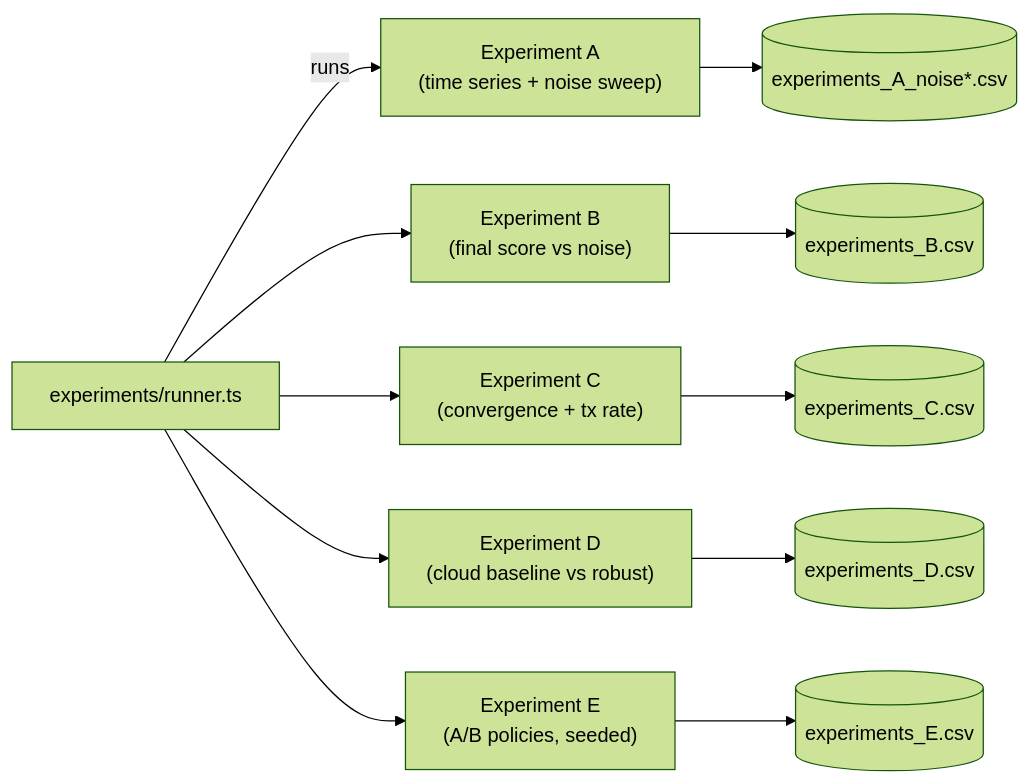
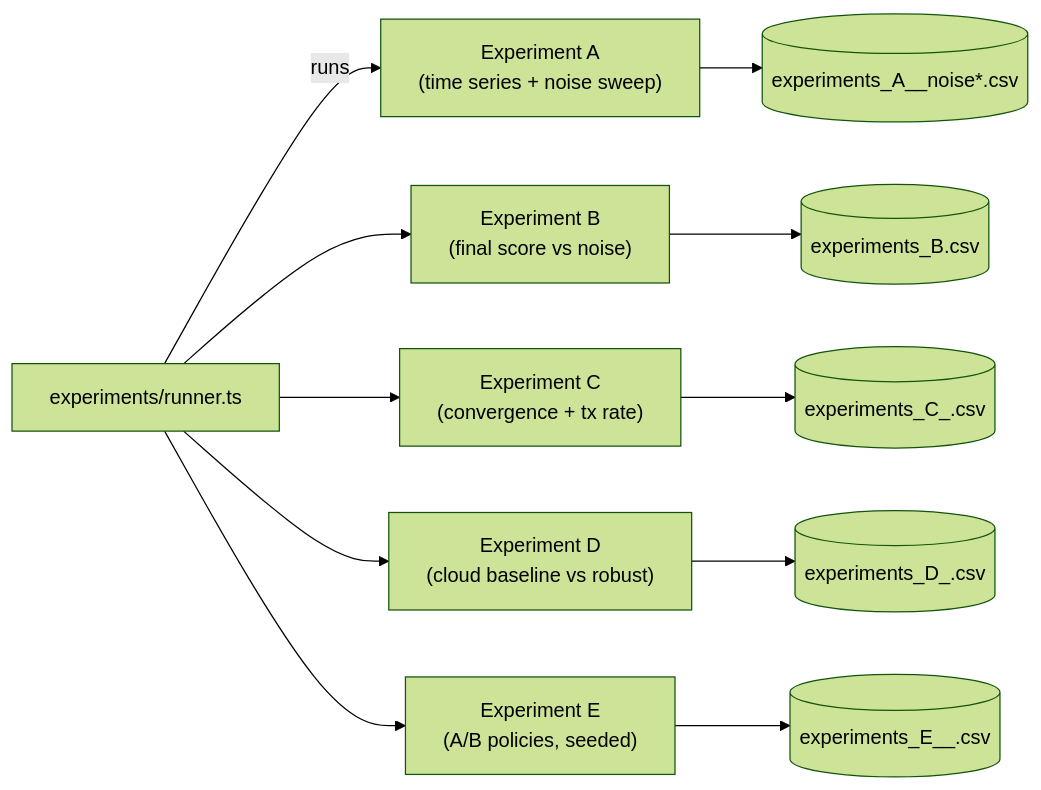
One commit to ChickenSalsahub/ICUM-SIM changed the fifth of 5 diagrams in docs/system-diagrams.md. Above: the diagram before and after it, drawn with Mermaid (forest theme). The commit also changed 5 other files, not shown here.

````diff
--- a/docs/system-diagrams.md
+++ b/docs/system-diagrams.md
@@ -145,15 +145,15 @@
 ```mermaid
 %%{init: {'flowchart': {'useMaxWidth': false}}}%%
 flowchart LR
   Runner["experiments/runner.ts"] -->|runs| A["Experiment A\n(time series + noise sweep)"]
   Runner --> B["Experiment B\n(final score vs noise)"]
   Runner --> C["Experiment C\n(convergence + tx rate)"]
   Runner --> D["Experiment D\n(cloud baseline vs robust)"]
   Runner --> E["Experiment E\n(A/B policies, seeded)"]
 
-  A --> CSV_A[(experiments_A_noise*.csv)]
+  A --> CSV_A[(experiments_A_<scenario>_noise*.csv)]
   B --> CSV_B[(experiments_B.csv)]
-  C --> CSV_C[(experiments_C.csv)]
-  D --> CSV_D[(experiments_D.csv)]
-  E --> CSV_E[(experiments_E.csv)]
+  C --> CSV_C[(experiments_C_<scenario>.csv)]
+  D --> CSV_D[(experiments_D_<scenario>.csv)]
+  E --> CSV_E[(experiments_E_<scenario>_<policy>.csv)]
 ```
````
